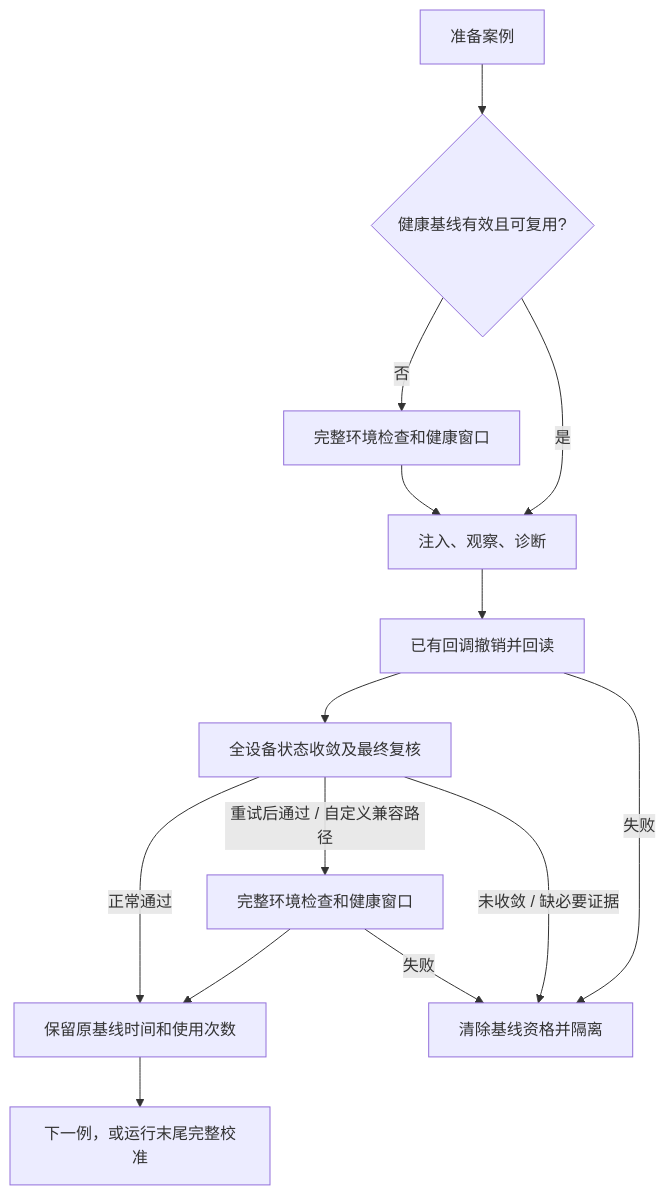
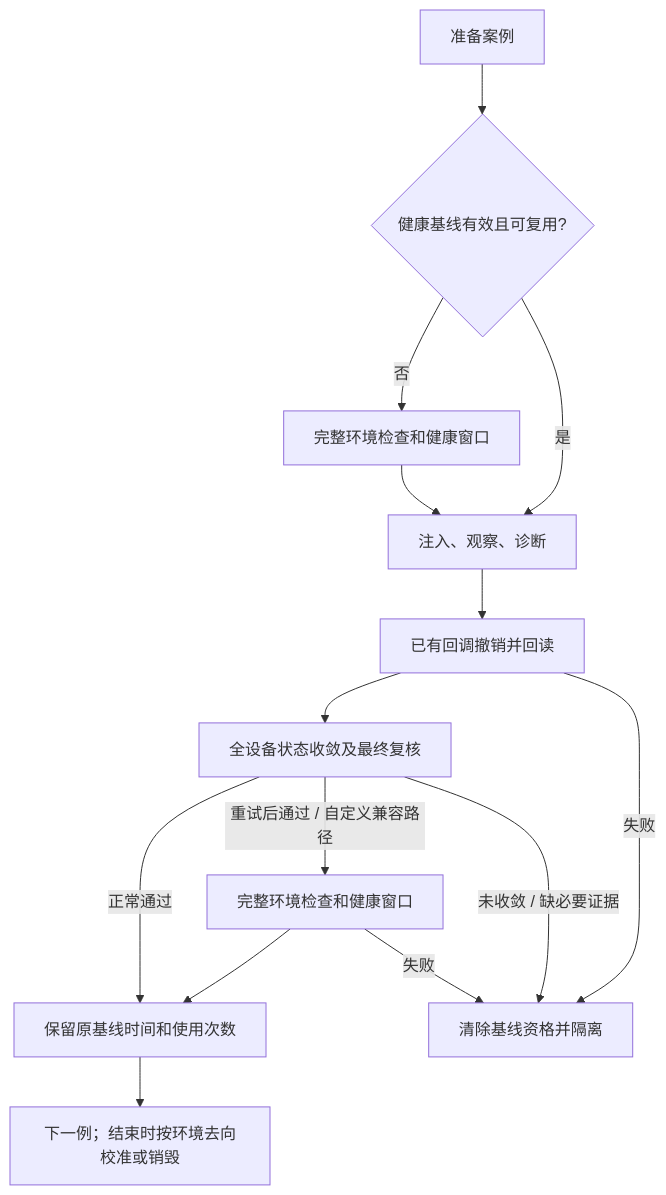
The diagram in docs/content/docs/architecture/state-checked-recovery.mdx (NetX-lab/NetOpsBench), drawn with Mermaid before and after one commit. The commit also changed other lines of this file and 34 other files, not shown here.

First line of the commit message:
refactor!: unify recovery flow under policy v2

````diff
--- a/docs/content/docs/architecture/state-checked-recovery.mdx
+++ b/docs/content/docs/architecture/state-checked-recovery.mdx
@@ -16,16 +16,16 @@
 ```mermaid
 flowchart TD
   P[准备案例] --> B{健康基线有效且可复用?}
   B -->|否| C[完整环境检查和健康窗口]
   B -->|是| I[注入、观察、诊断]
   C --> I
   I --> U[已有回调撤销并回读]
   U --> S[全设备状态收敛及最终复核]
   S -->|正常通过| R[保留原基线时间和使用次数]
   S -->|重试后通过 / 自定义兼容路径| C2[完整环境检查和健康窗口]
   C2 --> R
   U -->|失败| Q[清除基线资格并隔离]
   S -->|未收敛 / 缺必要证据| Q
   C2 -->|失败| Q
-  R --> N[下一例，或运行末尾完整校准]
+  R --> N[下一例；结束时按环境去向校准或销毁]
 ```
````
